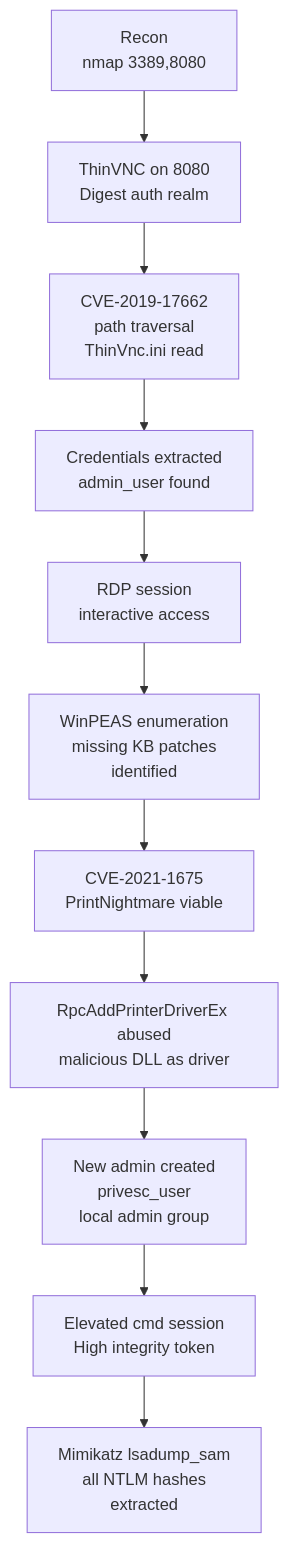
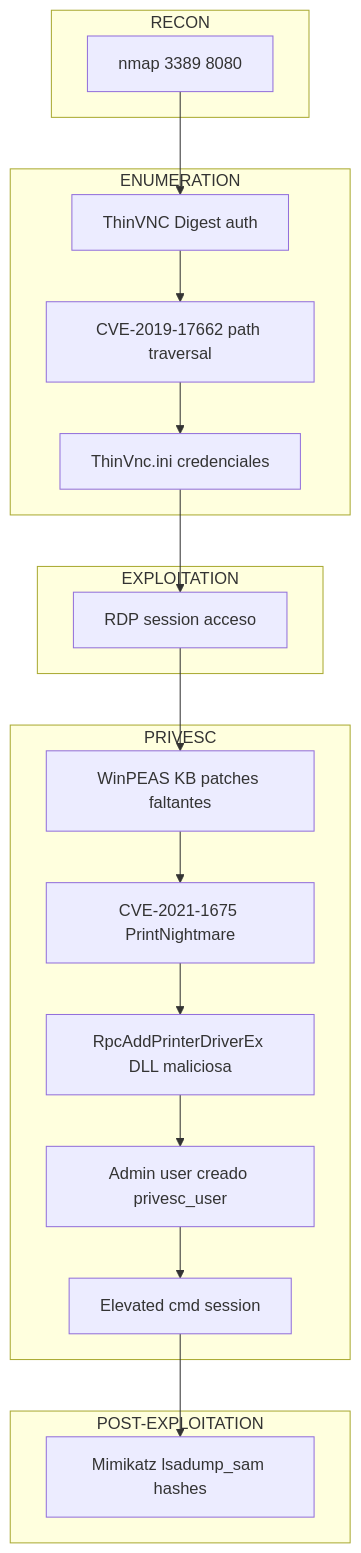
The diagram in Atlas.md (renekerr/lab-notes), drawn with Mermaid before and after one commit. The commit also changed 4 other files, not shown here.

Commit message:
Improve Attack Chain diagrams: convert to subgraph format grouped by phase (RECON-ENUMERATION-EXPLOITATION-PRIVESC-POST-EXPLOITATION) for all lab notes writeups

````diff
--- a/Atlas.md
+++ b/Atlas.md
@@ -220,13 +220,31 @@
 ```mermaid
 graph TD
-    A["Recon\nnmap 3389,8080"] --> B["ThinVNC on 8080\nDigest auth realm"]
-    B --> C["CVE-2019-17662\npath traversal\nThinVnc.ini read"]
-    C --> D["Credentials extracted\nadmin_user found"]
-    D --> E["RDP session\ninteractive access"]
-    E --> F["WinPEAS enumeration\nmissing KB patches\nidentified"]
-    F --> G["CVE-2021-1675\nPrintNightmare viable"]
-    G --> H["RpcAddPrinterDriverEx abused\nmalicious DLL as driver"]
-    H --> I["New admin created\nprivesc_user\nlocal admin group"]
-    I --> J["Elevated cmd session\nHigh integrity token"]
-    J --> K["Mimikatz lsadump_sam\nall NTLM hashes\nextracted"]
+ subgraph RECON["RECON"]
+  A["nmap 3389 8080"]
+ end
+ 
+ subgraph ENUM["ENUMERATION"]
+  B["ThinVNC Digest auth"] --> C["CVE-2019-17662 path traversal"]
+  C --> D["ThinVnc.ini credenciales"]
+ end
+ 
+ subgraph EXPL["EXPLOITATION"]
+  E["RDP session acceso"]
+ end
+ 
+ subgraph PRIVESC["PRIVESC"]
+  F["WinPEAS KB patches faltantes"] --> G["CVE-2021-1675 PrintNightmare"]
+  G --> H["RpcAddPrinterDriverEx DLL maliciosa"]
+  H --> I["Admin user creado privesc_user"]
+  I --> J["Elevated cmd session"]
+ end
+ 
+ subgraph POST["POST-EXPLOITATION"]
+  K["Mimikatz lsadump_sam hashes"]
+ end
+ 
+ A --> B
+ D --> E
+ E --> F
+ J --> K
 ```
````
